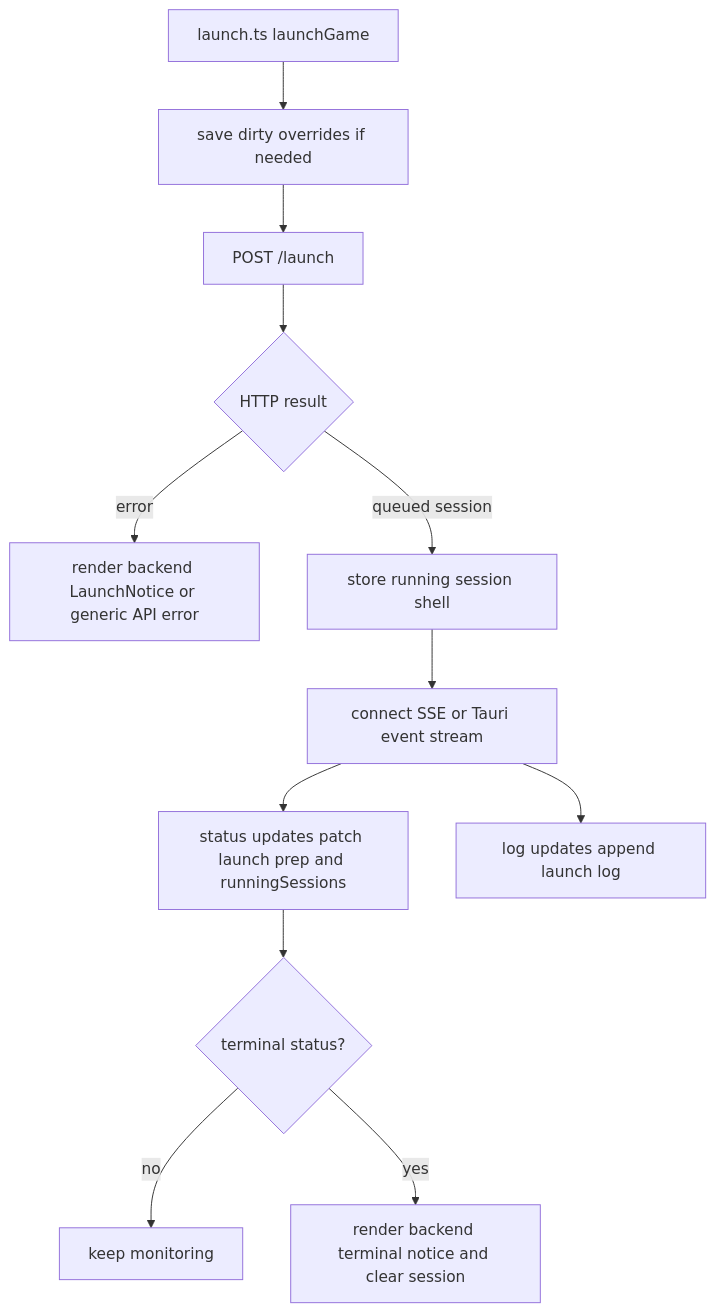
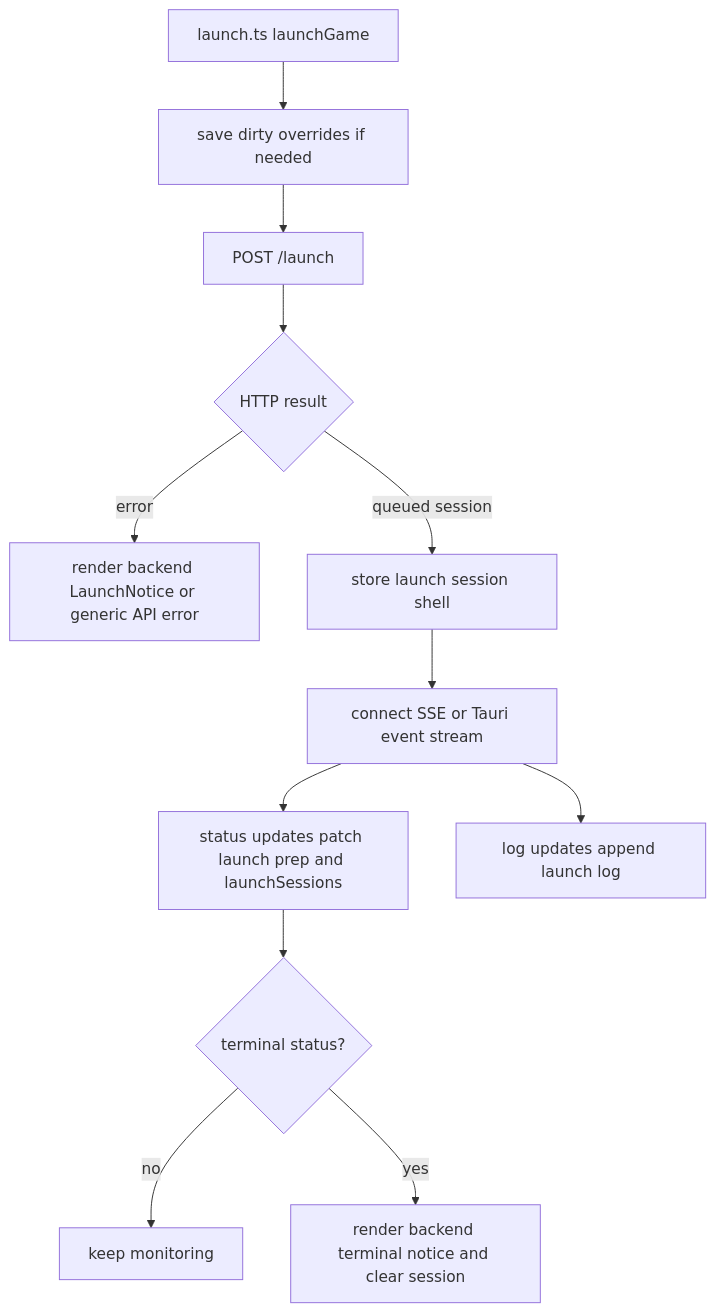
One commit to killedoxygen/axial changed the fifth of 9 diagrams in docs/ARCHITECTURE.md. Above: the diagram before and after it, drawn with Mermaid. The commit also changed other lines of this file and 55 other files, not shown here.

Commit message:
fix(launch): preserve guardian session ownership

````diff
--- a/docs/ARCHITECTURE.md
+++ b/docs/ARCHITECTURE.md
@@ -291,14 +295,14 @@
 ```mermaid
 flowchart TD
     A[launch.ts launchGame] --> B[save dirty overrides if needed]
     B --> C[POST /launch]
     C --> D{HTTP result}
     D -->|error| E[render backend LaunchNotice or generic API error]
-    D -->|queued session| F[store running session shell]
+    D -->|queued session| F[store launch session shell]
     F --> G[connect SSE or Tauri event stream]
-    G --> H[status updates patch launch prep and runningSessions]
+    G --> H[status updates patch launch prep and launchSessions]
     G --> I[log updates append launch log]
     H --> J{terminal status?}
     J -->|no| K[keep monitoring]
     J -->|yes| L[render backend terminal notice and clear session]
 ```
````
